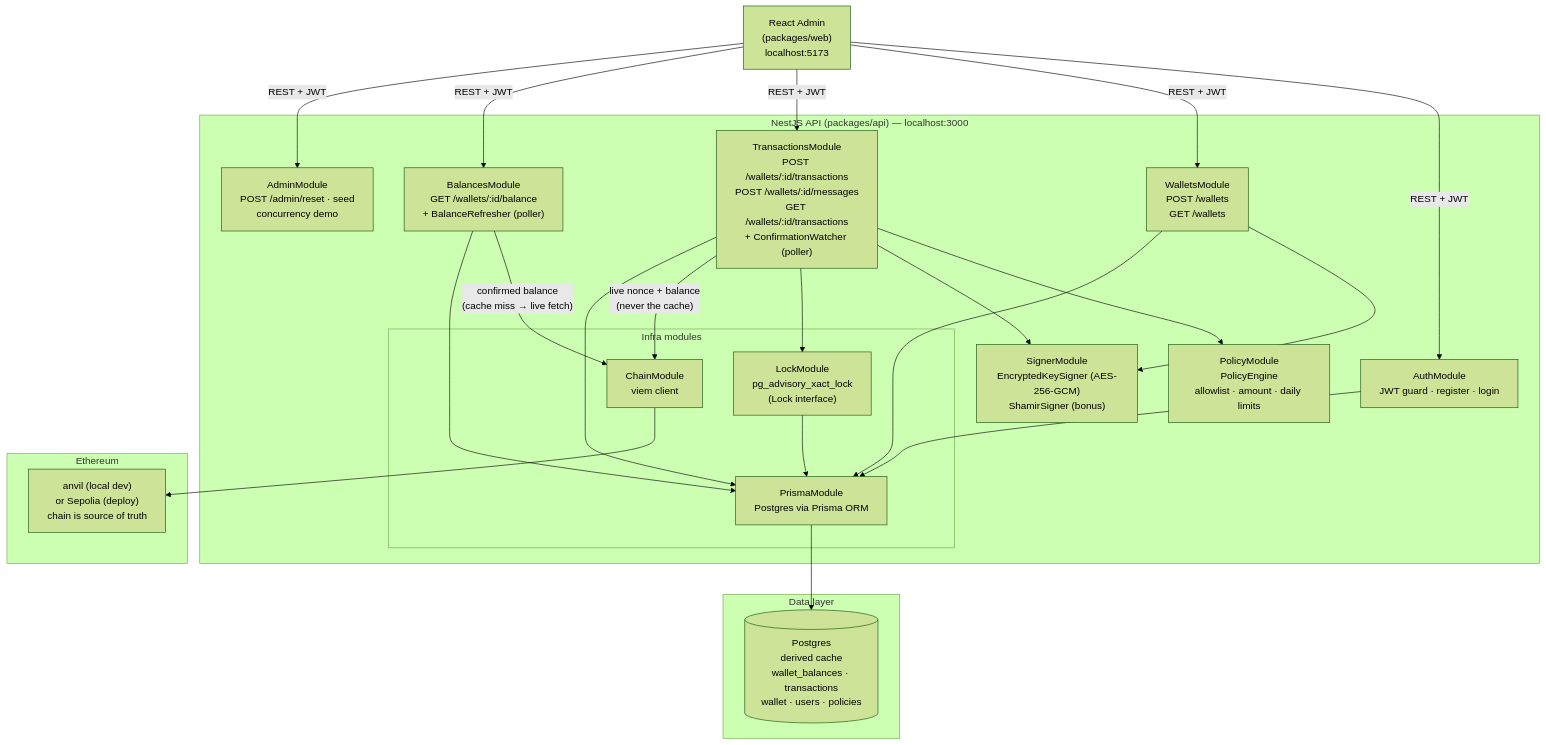
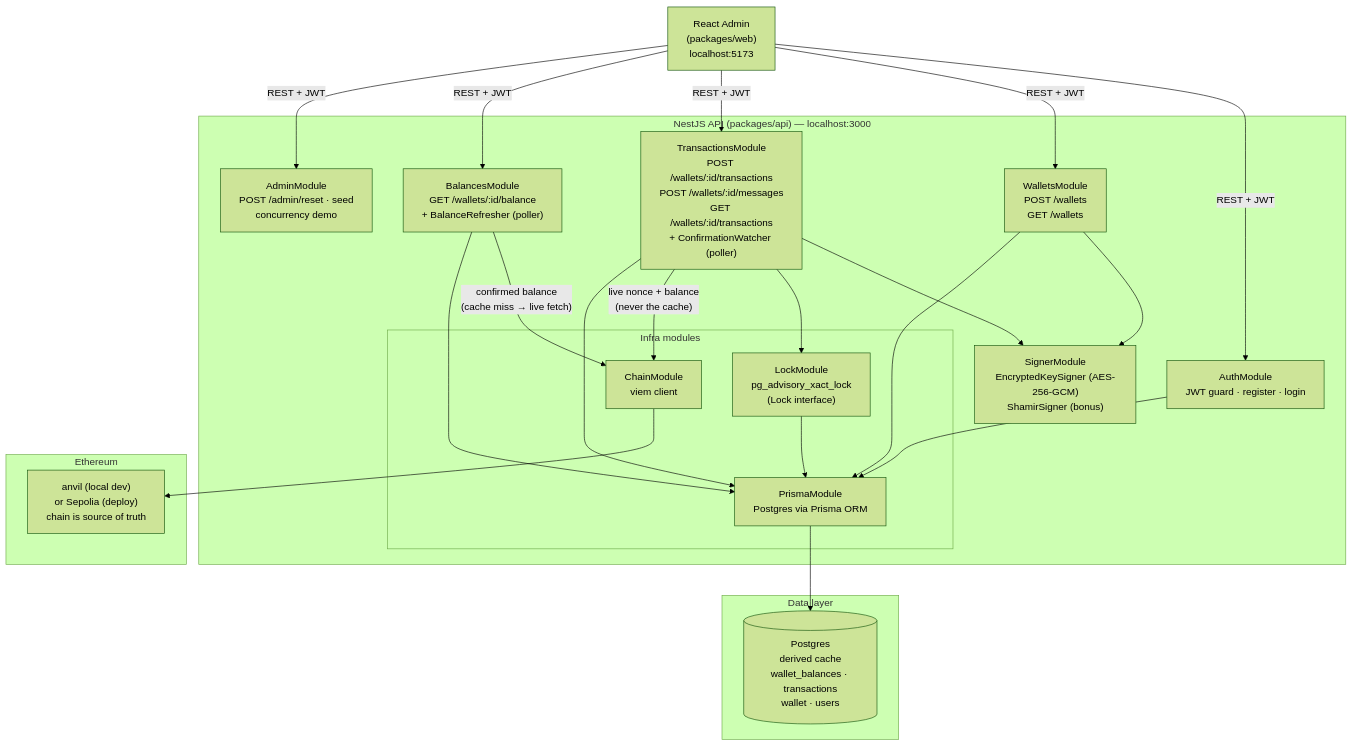
Before and after one commit to xbt-a4224j/vencura: the first of 3 diagrams in README.md, drawn with Mermaid (forest theme). The commit also changed other lines of this file and 38 other files, not shown here.

First line of the commit message:
chore: remove the policy engine (#47)

````diff
--- a/README.md
+++ b/README.md
@@ -131,49 +131,47 @@
 ```mermaid
 graph TD
     Browser["React Admin\n(packages/web)\nlocalhost:5173"]
 
     subgraph API["NestJS API (packages/api) — localhost:3000"]
         AuthM["AuthModule\nJWT guard · register · login"]
         WalletsM["WalletsModule\nPOST /wallets\nGET /wallets"]
         TxM["TransactionsModule\nPOST /wallets/:id/transactions\nPOST /wallets/:id/messages\nGET /wallets/:id/transactions\n+ ConfirmationWatcher (poller)"]
         BalM["BalancesModule\nGET /wallets/:id/balance\n+ BalanceRefresher (poller)"]
-        PolicyM["PolicyModule\nPolicyEngine\nallowlist · amount · daily limits"]
         SignerM["SignerModule\nEncryptedKeySigner (AES-256-GCM)\nShamirSigner (bonus)"]
         AdminM["AdminModule\nPOST /admin/reset · seed\nconcurrency demo"]
 
         subgraph Infra["Infra modules"]
             PrismaM["PrismaModule\nPostgres via Prisma ORM"]
             ChainM["ChainModule\nviem client"]
             LockM["LockModule\npg_advisory_xact_lock\n(Lock interface)"]
         end
     end
 
     subgraph Storage["Data layer"]
-        PG[("Postgres\nderived cache\nwallet_balances · transactions\nwallet · users · policies")]
+        PG[("Postgres\nderived cache\nwallet_balances · transactions\nwallet · users")]
     end
 
     subgraph Chain["Ethereum"]
         AnvilSepolia["anvil (local dev)\nor Sepolia (deploy)\nchain is source of truth"]
     end
 
     Browser -->|REST + JWT| AuthM
     Browser -->|REST + JWT| WalletsM
     Browser -->|REST + JWT| TxM
     Browser -->|REST + JWT| BalM
     Browser -->|REST + JWT| AdminM
 
     WalletsM --> SignerM
-    TxM --> PolicyM
     TxM --> SignerM
     TxM --> LockM
 
     PrismaM --> PG
     ChainM --> AnvilSepolia
     BalM -->|"confirmed balance\n(cache miss → live fetch)"| ChainM
     TxM -->|"live nonce + balance\n(never the cache)"| ChainM
     TxM --> PrismaM
     BalM --> PrismaM
     WalletsM --> PrismaM
     AuthM --> PrismaM
     LockM --> PrismaM
 ```
````
